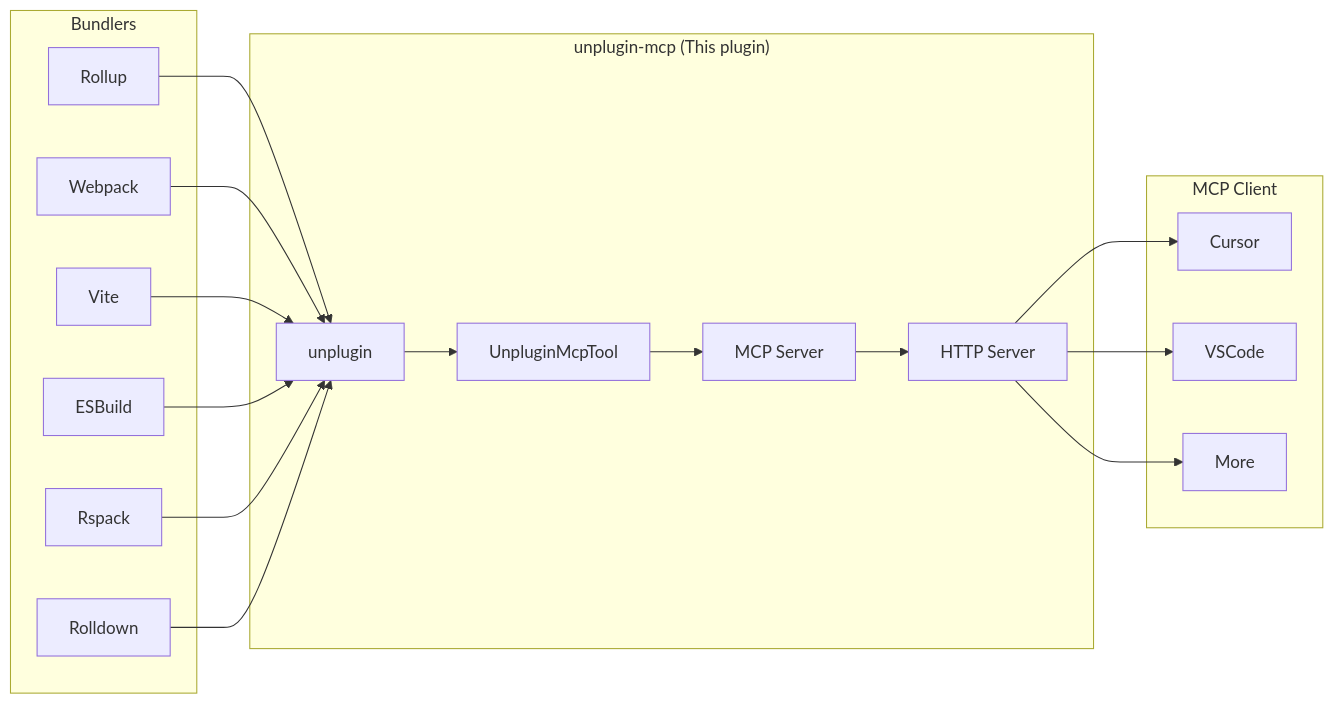
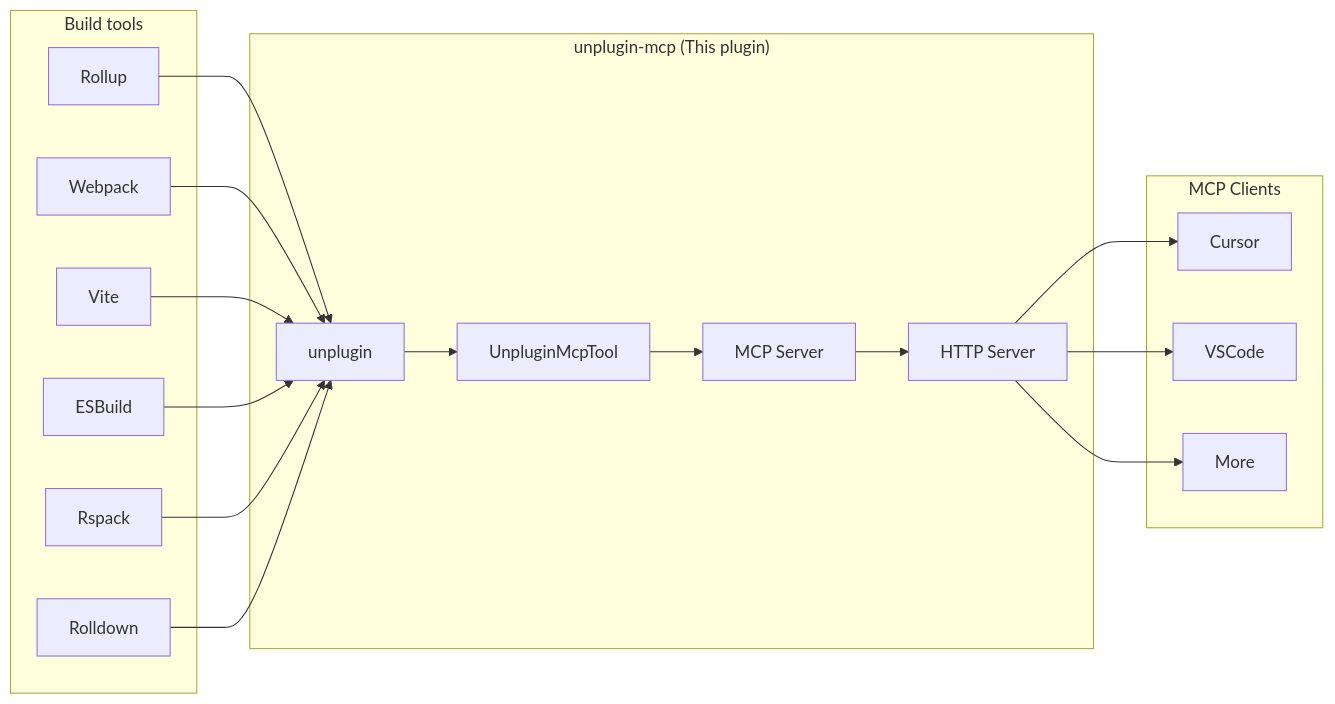
One commit to situ2001/unplugin-mcp changed the diagram in README.md. Above: the diagram before and after it, drawn with Mermaid.

````diff
--- a/README.md
+++ b/README.md
@@ -11,30 +11,30 @@
 ```mermaid
 flowchart LR
-    subgraph "Bundlers"
+    subgraph "Build tools"
         Rollup["Rollup"]
         Vite["Vite"]
         ESBuild["ESBuild"]
         Webpack["Webpack"]
         Rspack["Rspack"]
         Rolldown["Rolldown"]
     end
 
     subgraph "unplugin-mcp (This plugin)"
         unplugin["unplugin"]
         McpTool["UnpluginMcpTool"]
         McpServer["MCP Server"]
         HTTPServer["HTTP Server"]
     end
 
-    subgraph "MCP Client"
+    subgraph "MCP Clients"
         Cursor["Cursor"]
         VSCode["VSCode"]
         More["More"]
     end
 
     Rollup & Webpack & Vite & ESBuild & Rspack & Rolldown --> unplugin
     unplugin --> McpTool
     McpTool --> McpServer
     McpServer --> HTTPServer
     HTTPServer --> Cursor & VSCode & More
 ```
````
